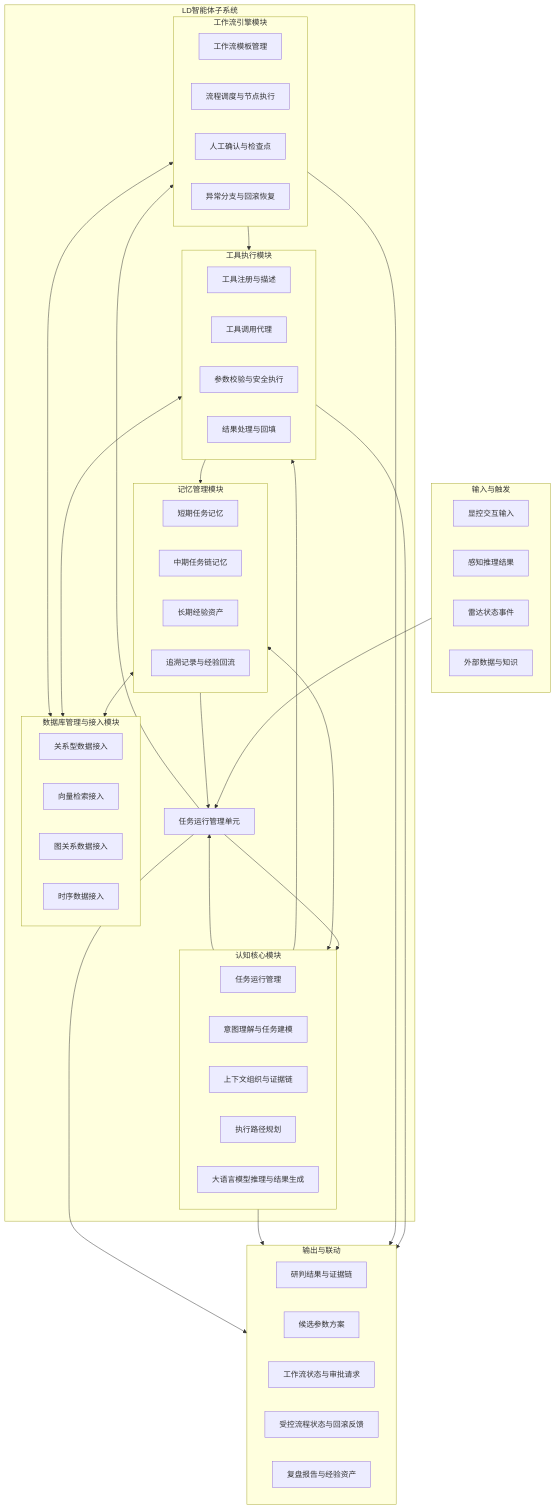
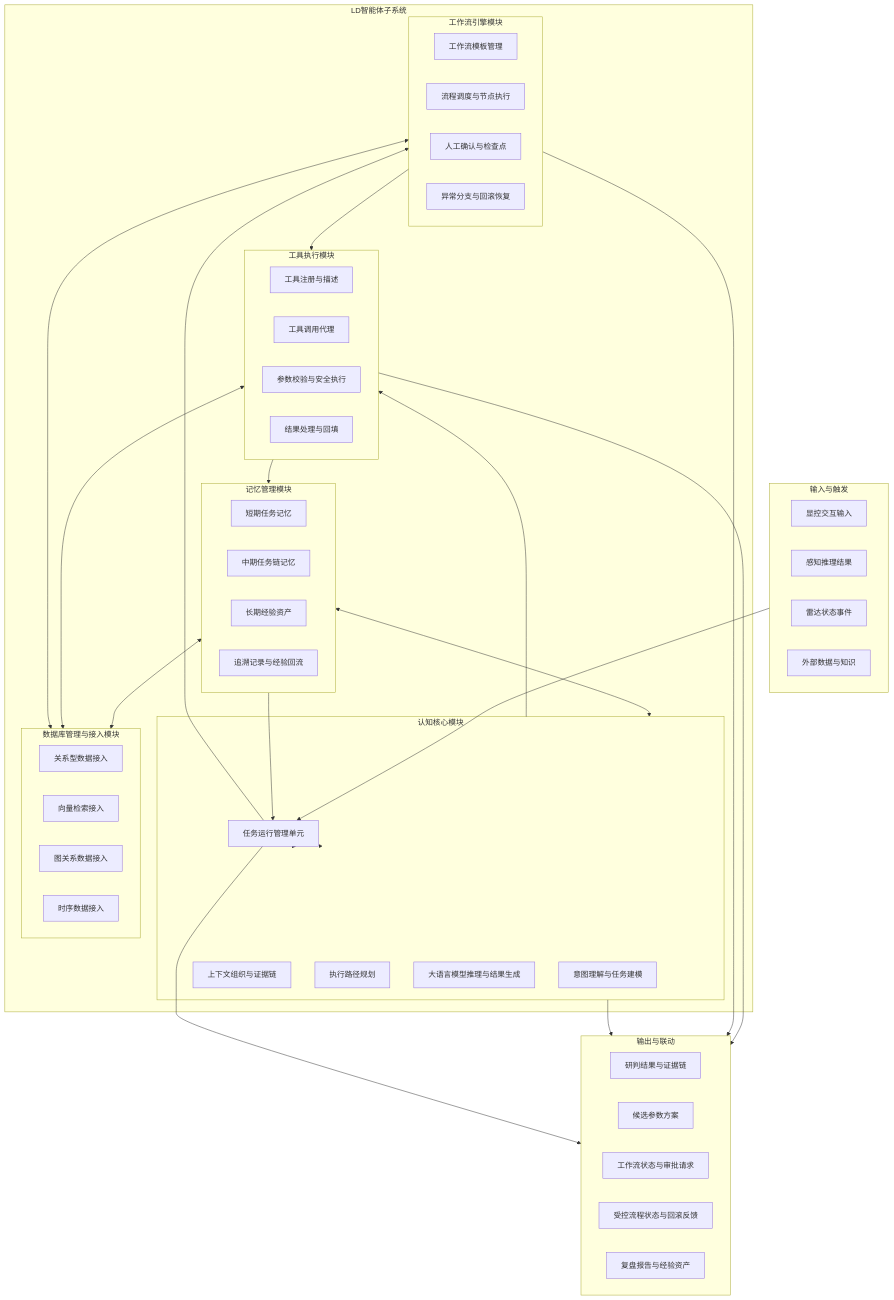
One commit to StormSeven1/obsidian-vault changed the third of 7 diagrams in radar agent/4.3.3.2 LD智能体子系统技术方案.md. Above: the diagram before and after it, drawn with Mermaid.

Commit message:
vault backup: 2026-05-13 09:59:27

````diff
--- a/radar agent/4.3.3.2 LD智能体子系统技术方案.md
+++ b/radar agent/4.3.3.2 LD智能体子系统技术方案.md
@@ -110,69 +110,68 @@
 ```mermaid
 graph TB
     subgraph INPUT[输入与触发]
         I1[显控交互输入]
         I2[感知推理结果]
         I3[雷达状态事件]
         I4[外部数据与知识]
     end
 
     subgraph CORE[LD智能体子系统]
-        H[任务运行管理单元]
         subgraph COG[认知核心模块]
-            C1[任务运行管理]
+            H[任务运行管理单元]
             C2[意图理解与任务建模]
             C3[上下文组织与证据链]
             C4[执行路径规划]
             C5[大语言模型推理与结果生成]
         end
         subgraph MEM[记忆管理模块]
             M1[短期任务记忆]
             M2[中期任务链记忆]
             M3[长期经验资产]
             M4[追溯记录与经验回流]
         end
         subgraph TOOL[工具执行模块]
             T1[工具注册与描述]
             T2[工具调用代理]
             T3[参数校验与安全执行]
             T4[结果处理与回填]
         end
         subgraph WF[工作流引擎模块]
             W1[工作流模板管理]
             W2[流程调度与节点执行]
             W3[人工确认与检查点]
             W4[异常分支与回滚恢复]
         end
         subgraph DB[数据库管理与接入模块]
             D1[关系型数据接入]
             D2[向量检索接入]
             D3[图关系数据接入]
             D4[时序数据接入]
         end
     end
 
     subgraph OUTPUT[输出与联动]
         O1[研判结果与证据链]
         O2[候选参数方案]
         O3[工作流状态与审批请求]
         O4[受控流程状态与回滚反馈]
         O5[复盘报告与经验资产]
     end
 
     INPUT --> H
     H --> COG
     COG <--> MEM
     COG --> TOOL
     COG --> H
     H --> WF
     WF --> TOOL
     MEM <--> DB
     TOOL <--> DB
     WF <--> DB
     TOOL --> MEM
     MEM --> H
     TOOL --> OUTPUT
     WF --> OUTPUT
     COG --> OUTPUT
     H --> OUTPUT
 ```
````
